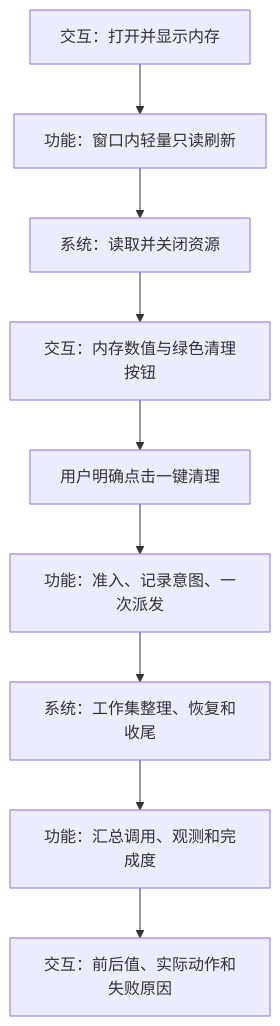
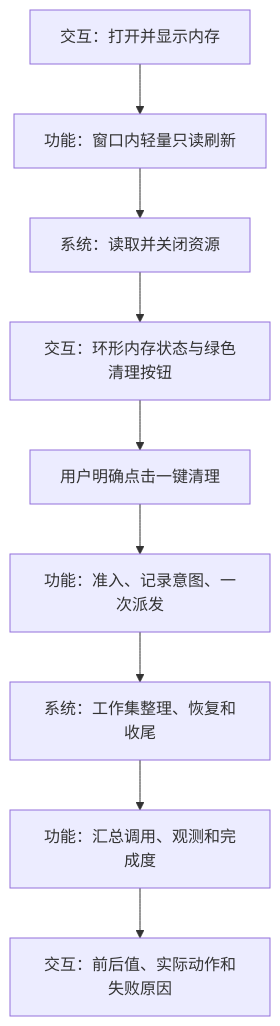
Before and after one commit to DreamSoul-AI/cpu-memory-cleanup: the sixth of 6 diagrams in docs/架构设计 Architecture Design CPU 内存清理.md, drawn with Mermaid. The commit also changed other lines of this file and 23 other files, not shown here.

````diff
--- a/docs/架构设计 Architecture Design CPU 内存清理.md
+++ b/docs/架构设计 Architecture Design CPU 内存清理.md
@@ -209,11 +237,11 @@
 ```mermaid
 flowchart TD
     U["交互：打开并显示内存"] --> R["功能：窗口内轻量只读刷新"]
     R --> S["系统：读取并关闭资源"]
-    S --> V["交互：内存数值与绿色清理按钮"]
+    S --> V["交互：环形内存状态与绿色清理按钮"]
     V --> C["用户明确点击一键清理"]
     C --> F["功能：准入、记录意图、一次派发"]
     F --> O["系统：工作集整理、恢复和收尾"]
     O --> P["功能：汇总调用、观测和完成度"]
     P --> RESULT["交互：前后值、实际动作和失败原因"]
 ```
````
